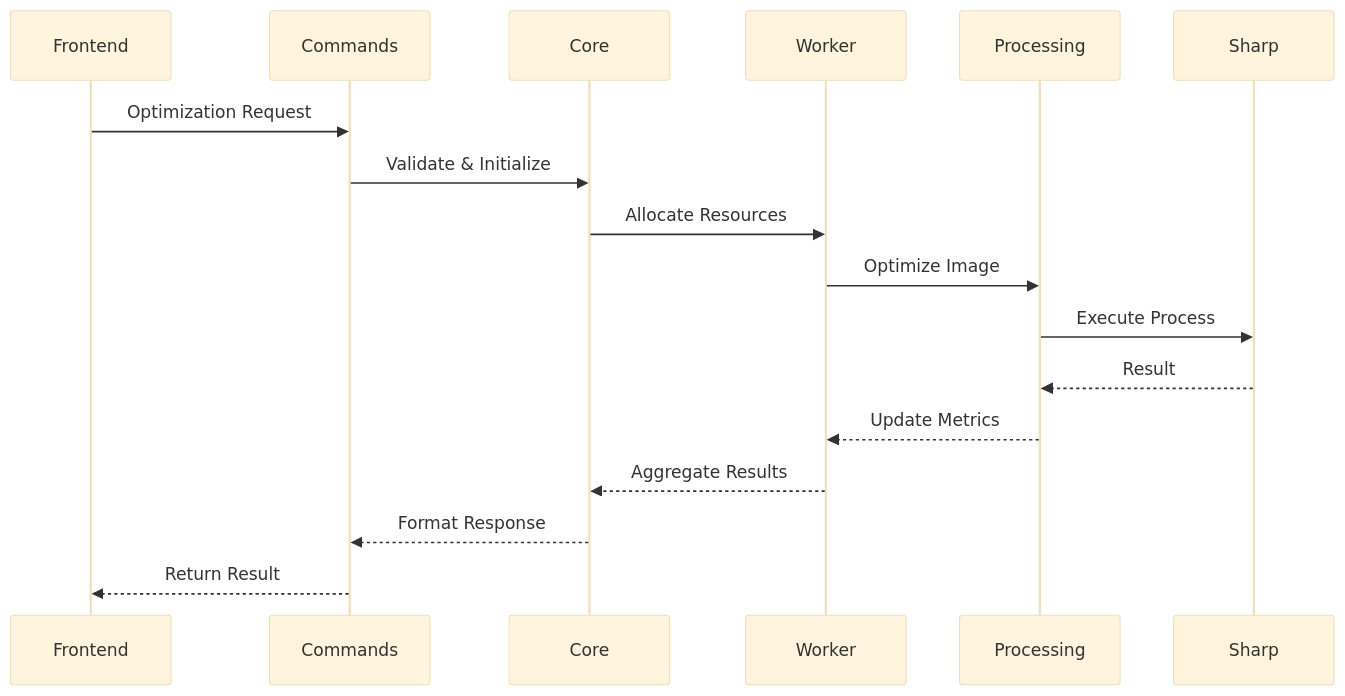
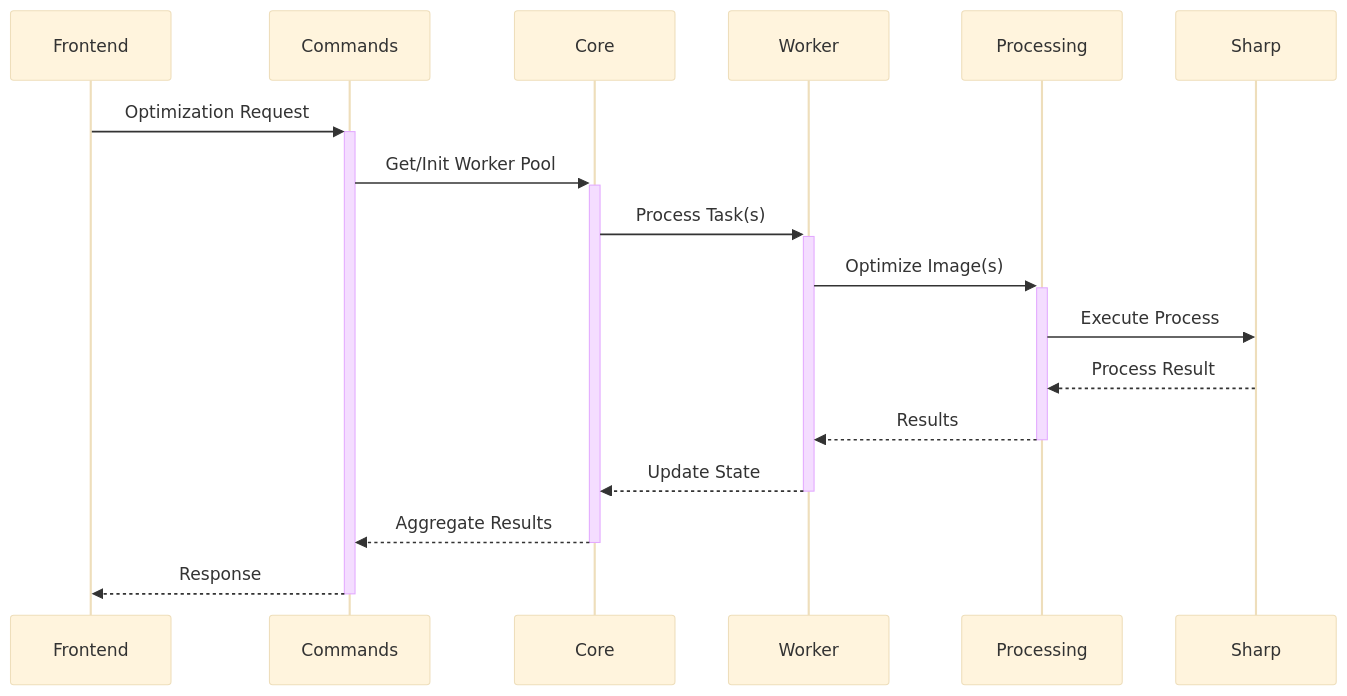
Before and after one commit to MogensenJesse/image-optimizer: the second of 2 diagrams in PROJECT.md, drawn with Mermaid (base theme). The commit also changed other lines of this file and 1 other file, not shown here.

````diff
--- a/PROJECT.md
+++ b/PROJECT.md
@@ -218,13 +250,13 @@
 ```mermaid
 sequenceDiagram
-    Frontend->>Commands: Optimization Request
-    Commands->>Core: Validate & Initialize
-    Core->>Worker: Allocate Resources
-    Worker->>Processing: Optimize Image
+    Frontend->>+Commands: Optimization Request
+    Commands->>+Core: Get/Init Worker Pool
+    Core->>+Worker: Process Task(s)
+    Worker->>+Processing: Optimize Image(s)
     Processing->>Sharp: Execute Process
-    Sharp-->>Processing: Result
-    Processing-->>Worker: Update Metrics
-    Worker-->>Core: Aggregate Results
-    Core-->>Commands: Format Response
-    Commands-->>Frontend: Return Result
+    Sharp-->>Processing: Process Result
+    Processing-->>-Worker: Results
+    Worker-->>-Core: Update State
+    Core-->>-Commands: Aggregate Results
+    Commands-->>-Frontend: Response
 ```
````
